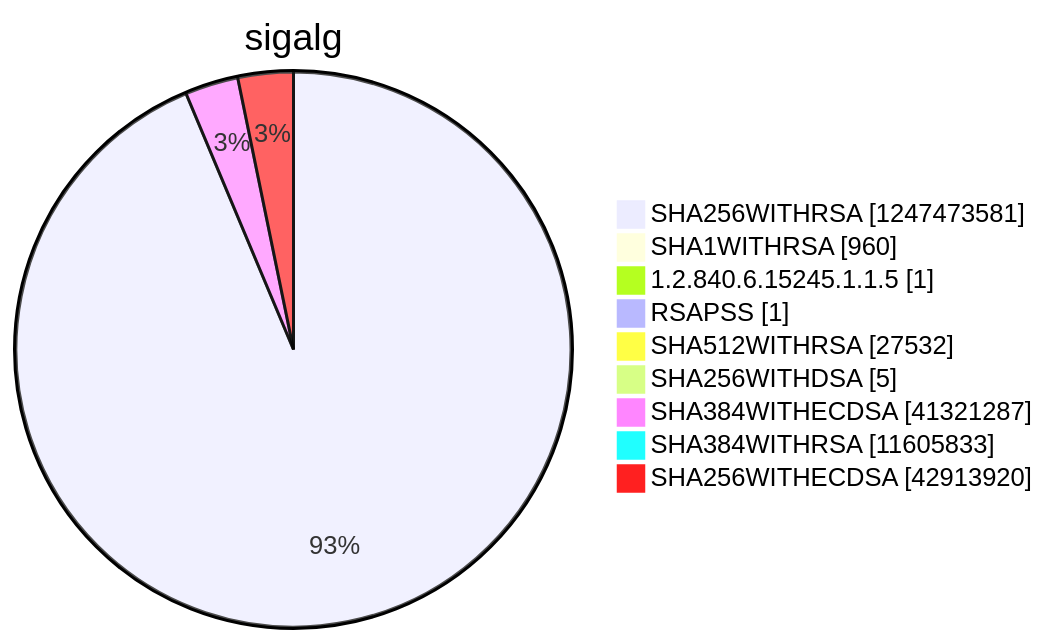
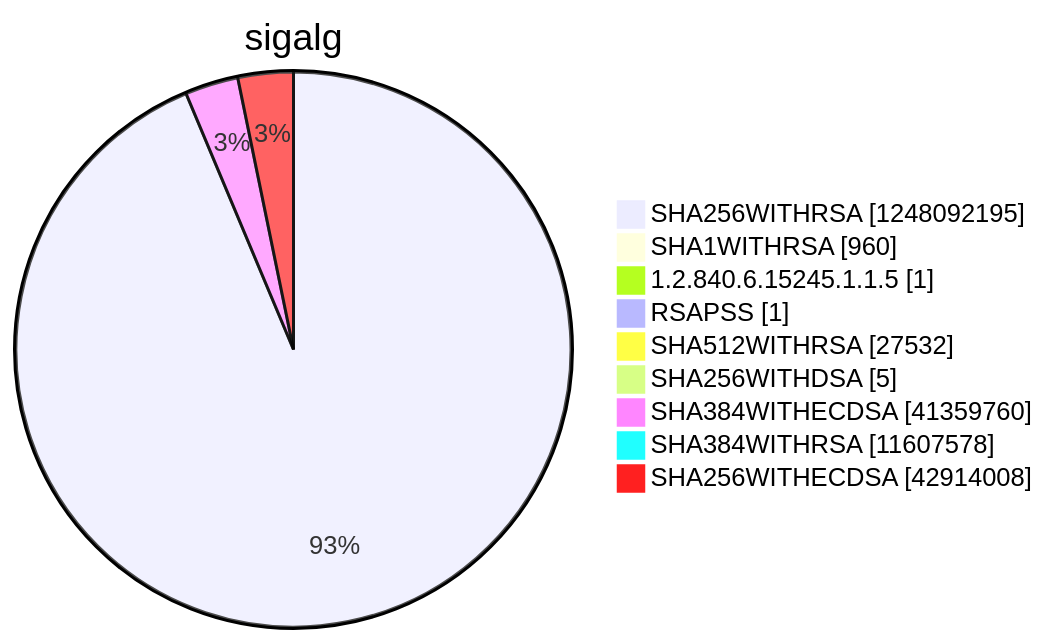
Before and after one commit to christiankrug/ctmonitor_visualization: diagram 15 of 15 in argon2022/README.md, drawn with Mermaid. The commit also changed other lines of this file, not shown here.

````diff
--- a/argon2022/README.md
+++ b/argon2022/README.md
@@ -5522,13 +5522,13 @@
 ```mermaid
 pie showData
 title sigalg
-"SHA256WITHRSA" :1247473581
+"SHA256WITHRSA" :1248092195
 "SHA1WITHRSA" :960
 "1.2.840.6.15245.1.1.5" :1
 "RSAPSS" :1
 "SHA512WITHRSA" :27532
 "SHA256WITHDSA" :5
-"SHA384WITHECDSA" :41321287
-"SHA384WITHRSA" :11605833
-"SHA256WITHECDSA" :42913920
+"SHA384WITHECDSA" :41359760
+"SHA384WITHRSA" :11607578
+"SHA256WITHECDSA" :42914008
 ```
````
